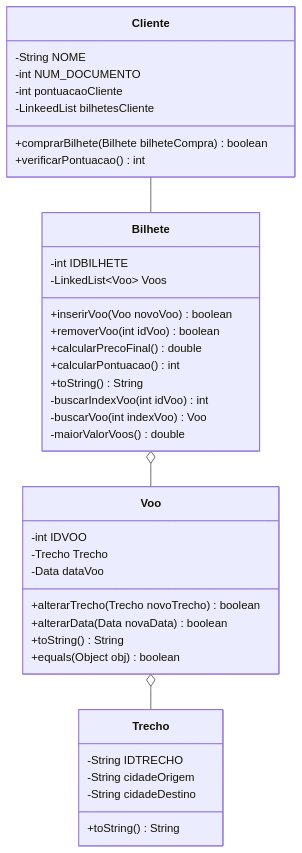
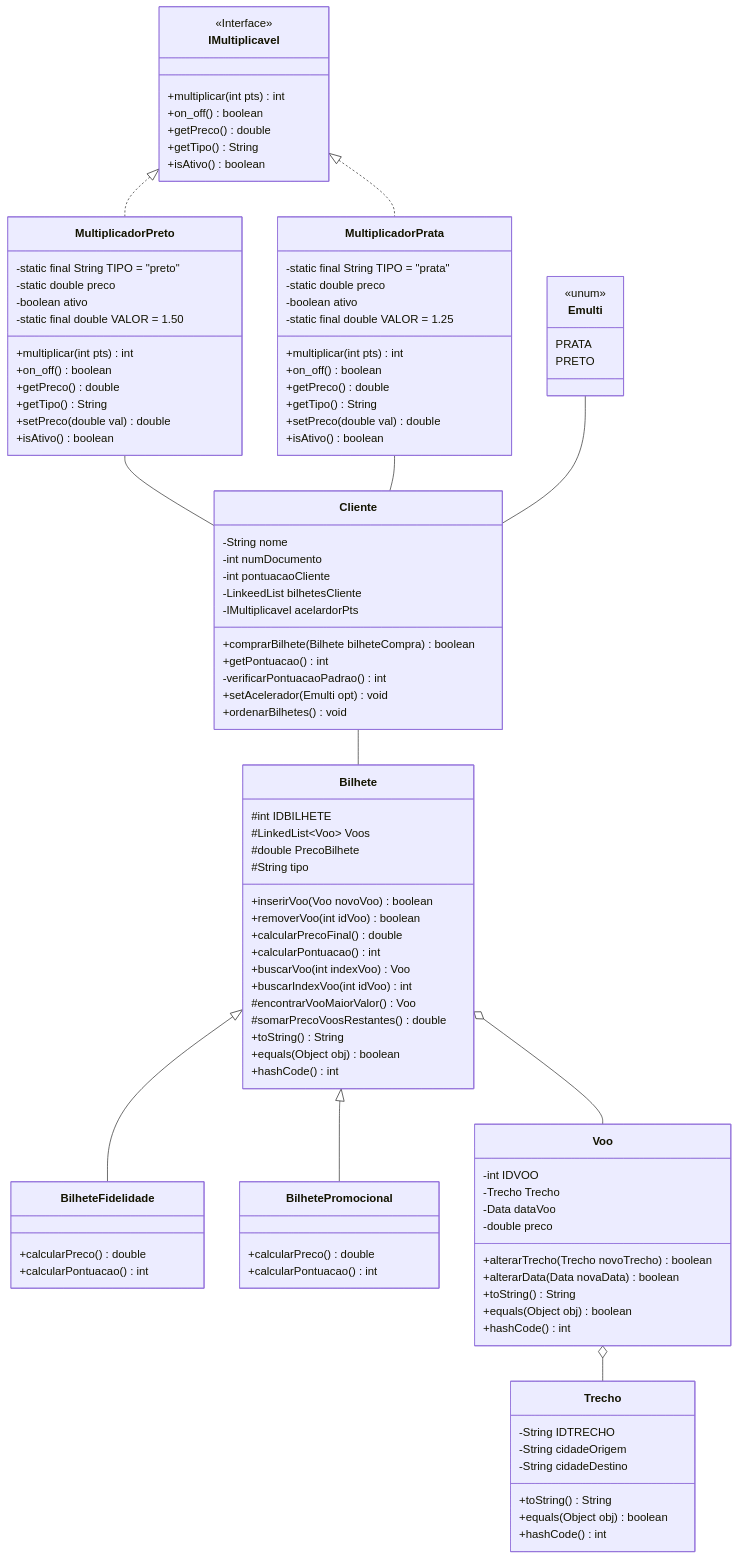
The diagram in README.md (DisciplinasProgramacao/tp_em_grupo-grupododiogo), drawn with Mermaid before and after one commit.

Commit message:
Update README.md
Update diagrama de classes

````diff
--- a/README.md
+++ b/README.md
@@ -78,35 +78,97 @@
 ```mermaid
 classDiagram
+class MultiplicadorPreto {
+ -static final String TIPO = "preto"
+ -static double preco
+ -boolean ativo
+ -static final double VALOR = 1.50
+ +multiplicar(int pts) int
+ +on_off() boolean
+ +getPreco() double
+ +getTipo() String
+ +setPreco(double val) double
+ +isAtivo() boolean
+}
+
+class MultiplicadorPrata {
+ -static final String TIPO = "prata"
+ -static double preco
+ -boolean ativo
+ -static final double VALOR = 1.25
+ +multiplicar(int pts) int
+ +on_off() boolean
+ +getPreco() double
+ +getTipo() String
+ +setPreco(double val) double
+ +isAtivo() boolean
+}
+
+class Emulti {
+ <<unum>>
+ PRATA
+ PRETO
+}
+
+class IMultiplicavel {
+ <<Interface>>
+ +multiplicar(int pts) int
+ +on_off() boolean
+ +getPreco() double
+ +getTipo() String
+ +isAtivo() boolean
+}
+
 class Cliente {
--String NOME
--int NUM_DOCUMENTO
--int pontuacaoCliente
--LinkeedList<Bilhete> bilhetesCliente
-+comprarBilhete(Bilhete bilheteCompra) boolean
-+verificarPontuacao() int
+ -String nome
+ -int numDocumento
+ -int pontuacaoCliente
+ -LinkeedList<Bilhete> bilhetesCliente
+ -IMultiplicavel acelardorPts
+ +comprarBilhete(Bilhete bilheteCompra) boolean
+ +getPontuacao() int
+ -verificarPontuacaoPadrao() int
+ +setAcelerador(Emulti opt) void
+ +ordenarBilhetes() void
 }
 
 class Bilhete {
- -int IDBILHETE
- -LinkedList~Voo~ Voos
+ #int IDBILHETE
+ #LinkedList~Voo~ Voos
+ #double PrecoBilhete
+ #String tipo
  +inserirVoo(Voo novoVoo) boolean
  +removerVoo(int idVoo) boolean
  +calcularPrecoFinal() double
  +calcularPontuacao() int
+ +buscarVoo(int indexVoo) Voo
+ +buscarIndexVoo(int idVoo) int
+ #encontrarVooMaiorValor() Voo
+ #somarPrecoVoosRestantes() double
  +toString() String
- -buscarIndexVoo(int idVoo) int
- -buscarVoo(int indexVoo) Voo
- -maiorValorVoos() double
+ +equals(Object obj) boolean
+ +hashCode() int
+}
+
+class BilheteFidelidade {
+ +calcularPreco() double
+ +calcularPontuacao() int
+}
+
+class BilhetePromocional {
+ +calcularPreco() double
+ +calcularPontuacao() int
 }
 
 class Voo {
  -int IDVOO
  -Trecho Trecho
  -Data dataVoo
+ -double preco
  +alterarTrecho(Trecho novoTrecho) boolean
  +alterarData(Data novaData) boolean
  +toString() String
  +equals(Object obj) boolean
+ +hashCode() int
 }
 
 class Trecho {
@@ -114,10 +176,19 @@
  -String cidadeOrigem
  -String cidadeDestino
  +toString() String
+ +equals(Object obj) boolean
+ +hashCode() int
 }
 
+MultiplicadorPreto -- Cliente
+MultiplicadorPrata -- Cliente
+Emulti -- Cliente
+IMultiplicavel <|.. MultiplicadorPreto
+IMultiplicavel <|.. MultiplicadorPrata
 Cliente -- Bilhete
 Bilhete o-- Voo
+Bilhete <|-- BilheteFidelidade
+Bilhete <|-- BilhetePromocional
 Voo o-- Trecho
 end
 ```
````
